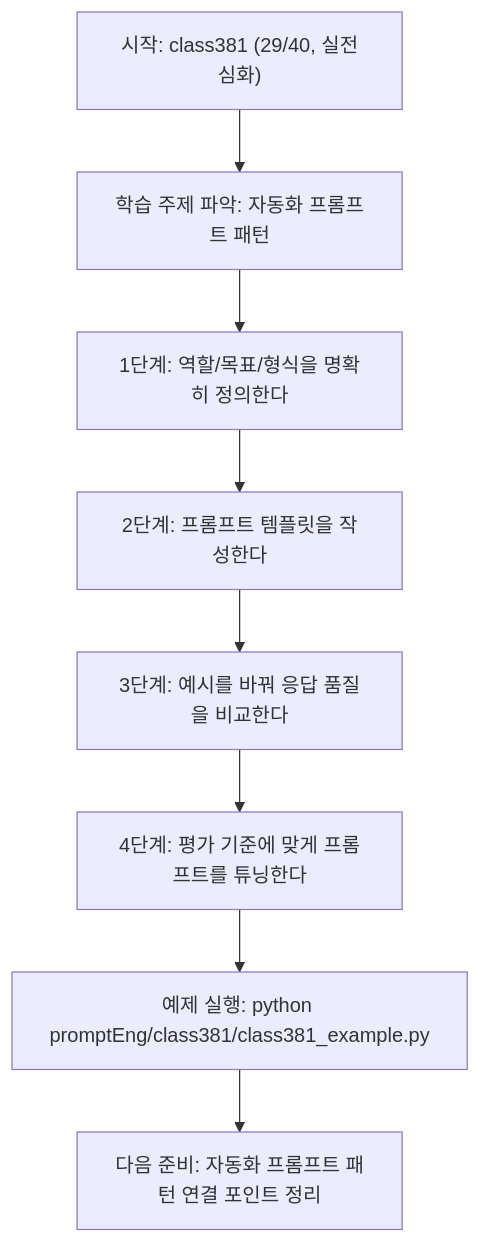
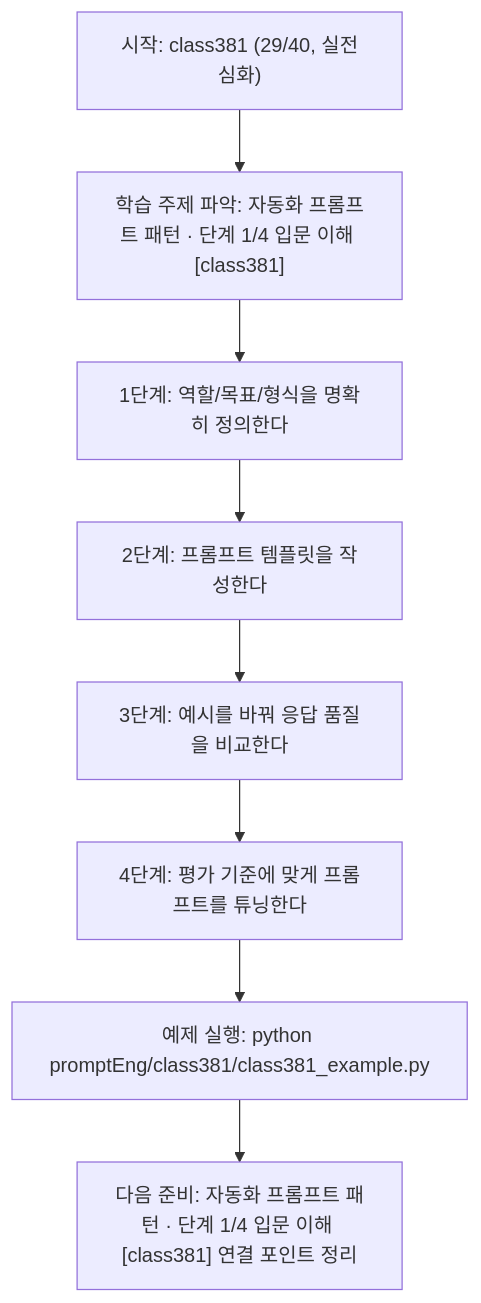
One commit to edumgt/Python-AI_Agent-Class changed the diagram in promptEng/class381/class381.md. Above: the diagram before and after it, drawn with Mermaid. The commit also changed other lines of this file and 522 other files, not shown here.

````diff
--- a/promptEng/class381/class381.md
+++ b/promptEng/class381/class381.md
@@ -109,18 +110,18 @@
 ```mermaid
 flowchart TD
 N1["시작: class381 (29/40, 실전심화)"]
-N2["학습 주제 파악: 자동화 프롬프트 패턴"]
+N2["학습 주제 파악: 자동화 프롬프트 패턴 · 단계 1/4 입문 이해 [class381]"]
 N3["1단계: 역할/목표/형식을 명확히 정의한다"]
 N4["2단계: 프롬프트 템플릿을 작성한다"]
 N5["3단계: 예시를 바꿔 응답 품질을 비교한다"]
 N6["4단계: 평가 기준에 맞게 프롬프트를 튜닝한다"]
 N7["예제 실행: python promptEng/class381/class381_example.py"]
-N8["다음 준비: 자동화 프롬프트 패턴 연결 포인트 정리"]
+N8["다음 준비: 자동화 프롬프트 패턴 · 단계 1/4 입문 이해 [class381] 연결 포인트 정리"]
 N1 --> N2
 N2 --> N3
 N3 --> N4
 N4 --> N5
 N5 --> N6
 N6 --> N7
 N7 --> N8
 ```
````
